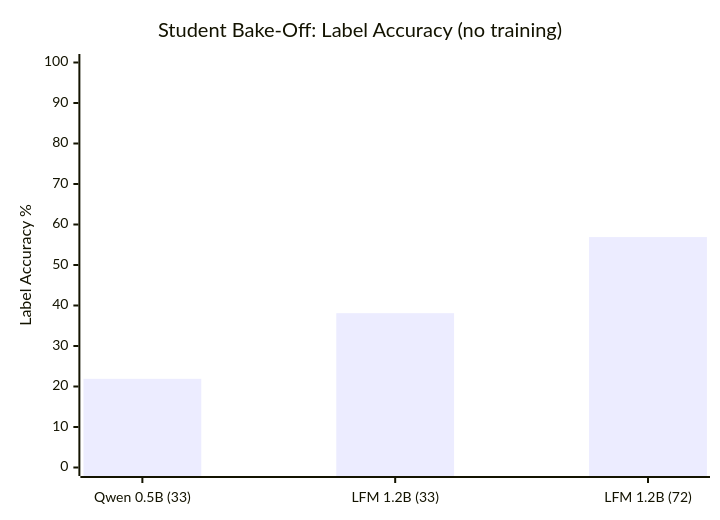
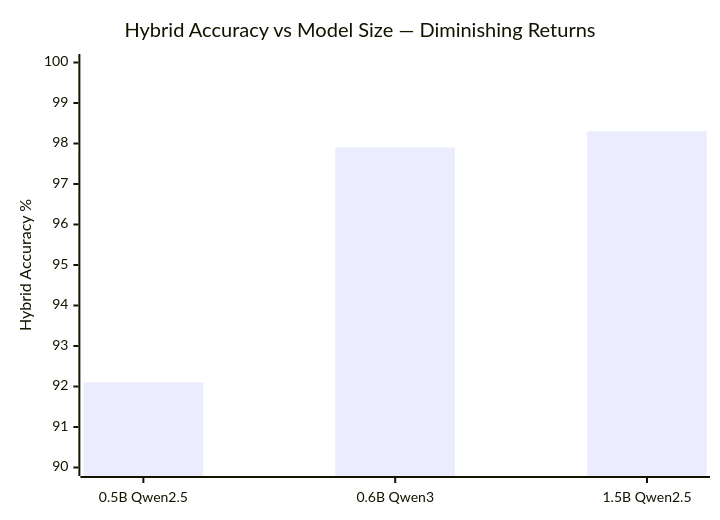
Before and after one commit to FaisalFehad/llm_eval_harness: the third of 3 diagrams in README.md, drawn with Mermaid. The commit also changed other lines of this file and 3 other files, not shown here.

````diff
--- a/README.md
+++ b/README.md
@@ -936,7 +636,7 @@
 ```mermaid
 xychart-beta
-    title "Student Bake-Off: Label Accuracy (no training)"
-    x-axis ["Qwen 0.5B (33)", "LFM 1.2B (33)", "LFM 1.2B (72)"]
-    y-axis "Label Accuracy %" 0 --> 100
-    bar [21.9, 38.1, 56.9]
+    title "Hybrid Accuracy vs Model Size — Diminishing Returns"
+    x-axis ["0.5B Qwen2.5", "0.6B Qwen3", "1.5B Qwen2.5"]
+    y-axis "Hybrid Accuracy %" 90 --> 100
+    bar [92.1, 97.9, 98.3]
 ```
````
